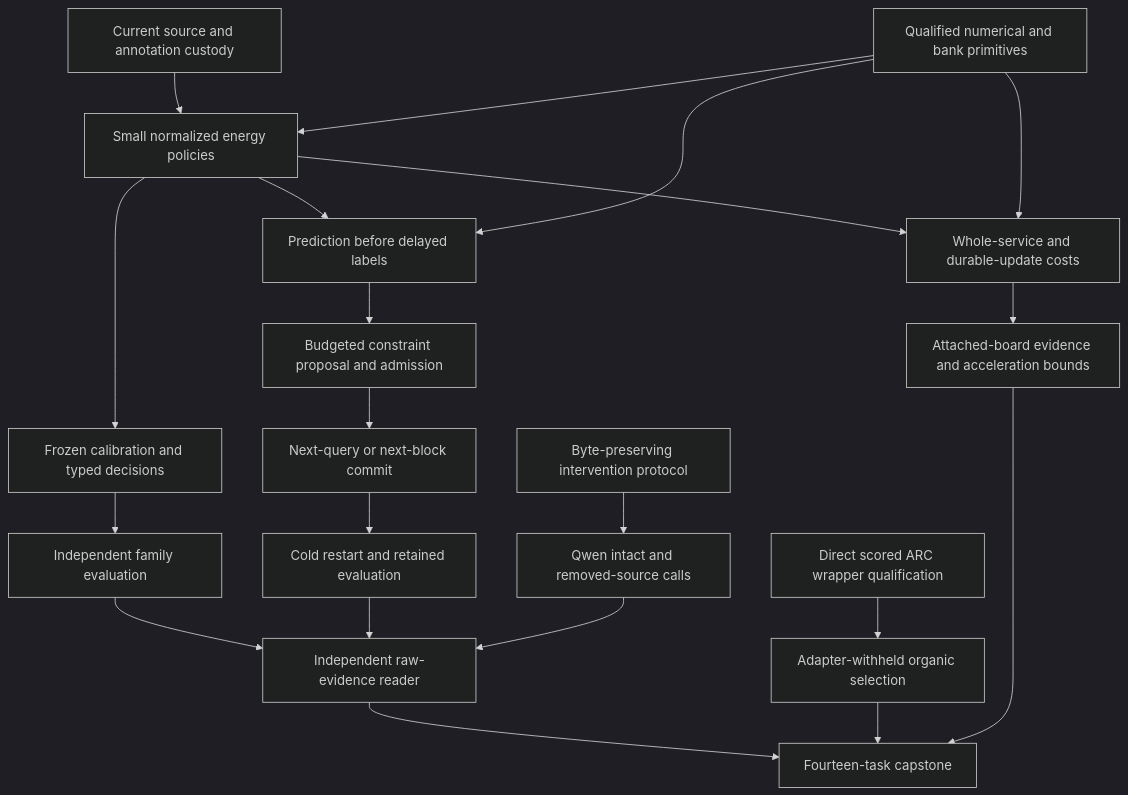
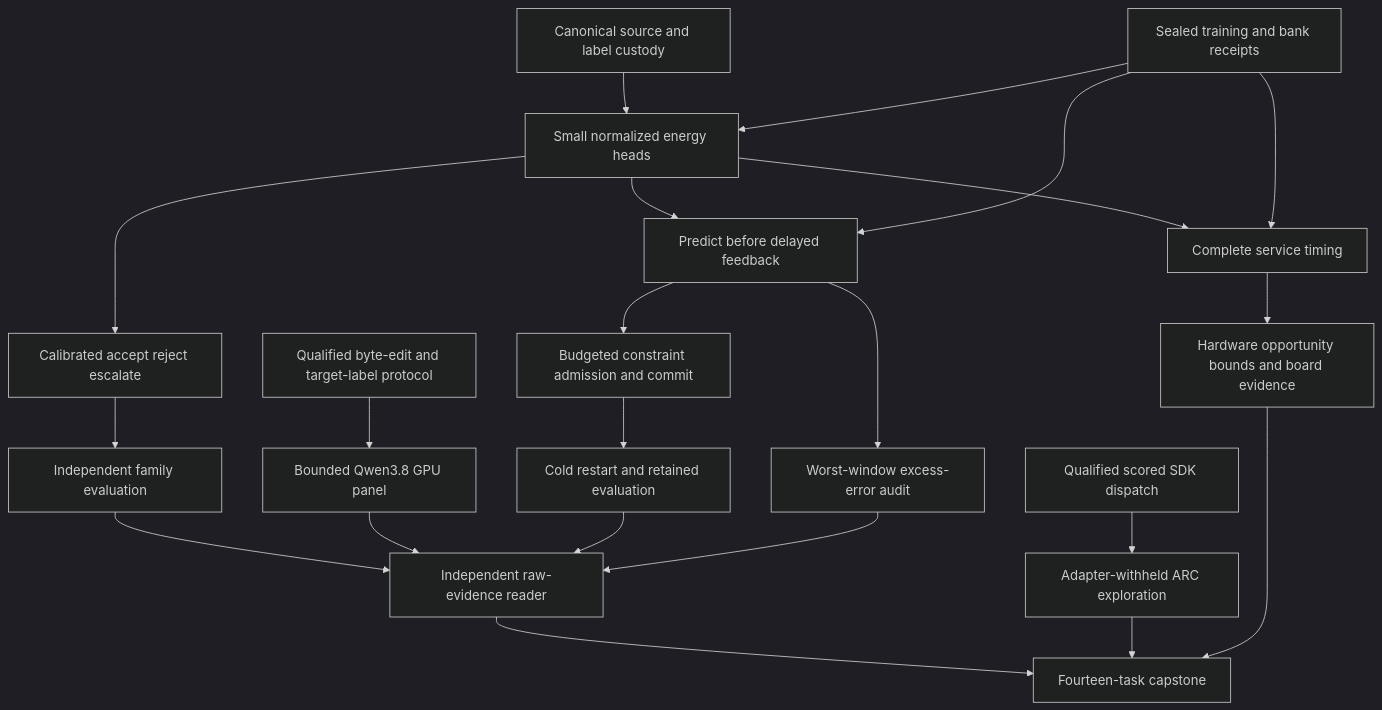
Before and after one commit to Carnot-EBM/carnot-ebm: the diagram in openspec/change-proposals/research-roadmap-vNEXT.md, drawn with Mermaid (dark theme). The commit also changed other lines of this file and 16 other files, not shown here.

````diff
--- a/openspec/change-proposals/research-roadmap-vNEXT.md
+++ b/openspec/change-proposals/research-roadmap-vNEXT.md
@@ -103,23 +83,24 @@
 ```mermaid
 flowchart TD
-    S[Current source and annotation custody] --> F[Small normalized energy policies]
-    N[Qualified numerical and bank primitives] --> F
-    F --> D[Frozen calibration and typed decisions]
+    C[Canonical source and label custody] --> F[Small normalized energy heads]
+    V[Sealed training and bank receipts] --> F
+    F --> D[Calibrated accept reject escalate]
     D --> E[Independent family evaluation]
-    F --> L[Prediction before delayed labels]
-    N --> L
-    L --> A[Budgeted constraint proposal and admission]
-    A --> W[Next-query or next-block commit]
-    W --> R[Cold restart and retained evaluation]
-    Q[Byte-preserving intervention protocol] --> C[Qwen intact and removed-source calls]
-    X[Direct scored ARC wrapper qualification] --> Y[Adapter-withheld organic selection]
-    F --> T[Whole-service and durable-update costs]
-    N --> T
+    F --> L[Predict before delayed feedback]
+    V --> L
+    L --> M[Budgeted constraint admission and commit]
+    M --> R[Cold restart and retained evaluation]
+    L --> W[Worst-window excess-error audit]
+    Q[Qualified byte-edit and target-label protocol] --> G[Bounded Qwen3.8 GPU panel]
+    A[Qualified scored SDK dispatch] --> B[Adapter-withheld ARC exploration]
+    F --> T[Complete service timing]
+    V --> T
+    T --> H[Hardware opportunity bounds and board evidence]
     E --> I[Independent raw-evidence reader]
+    G --> I
     R --> I
-    C --> I
+    W --> I
     I --> Z[Fourteen-task capstone]
-    Y --> Z
-    T --> H[Attached-board evidence and acceleration bounds]
+    B --> Z
     H --> Z
 ```
````
